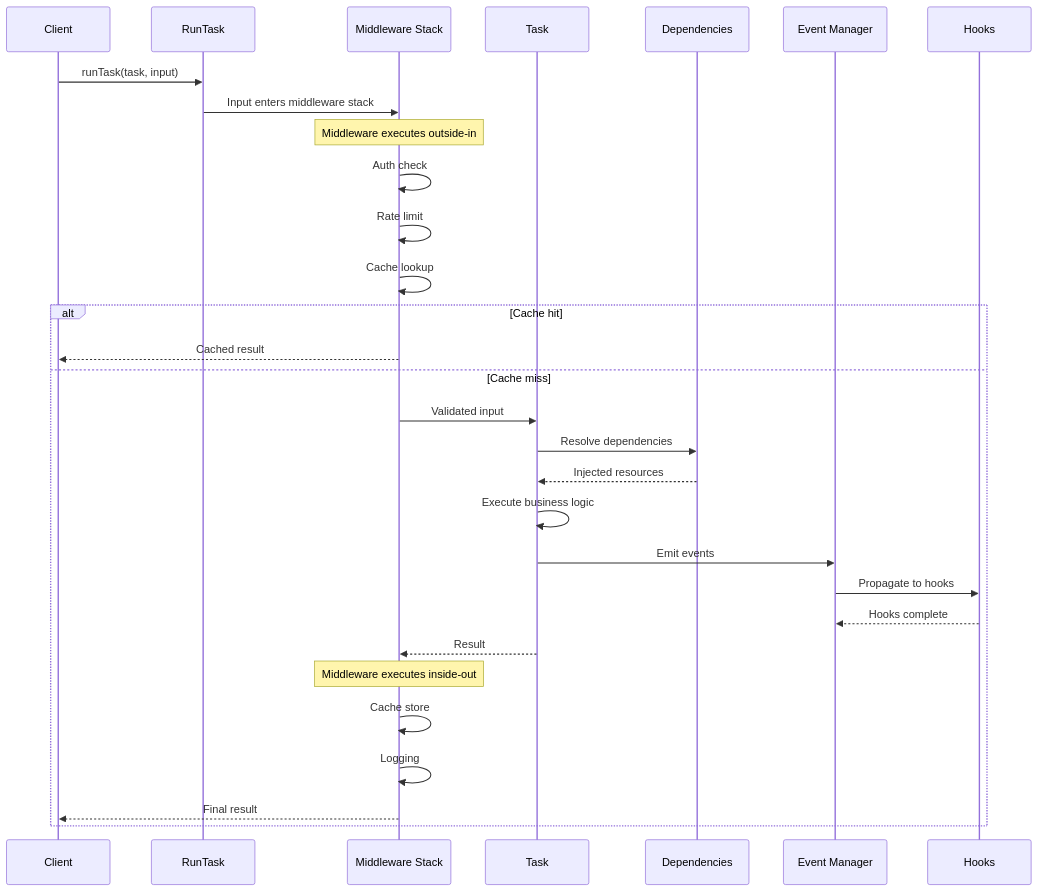
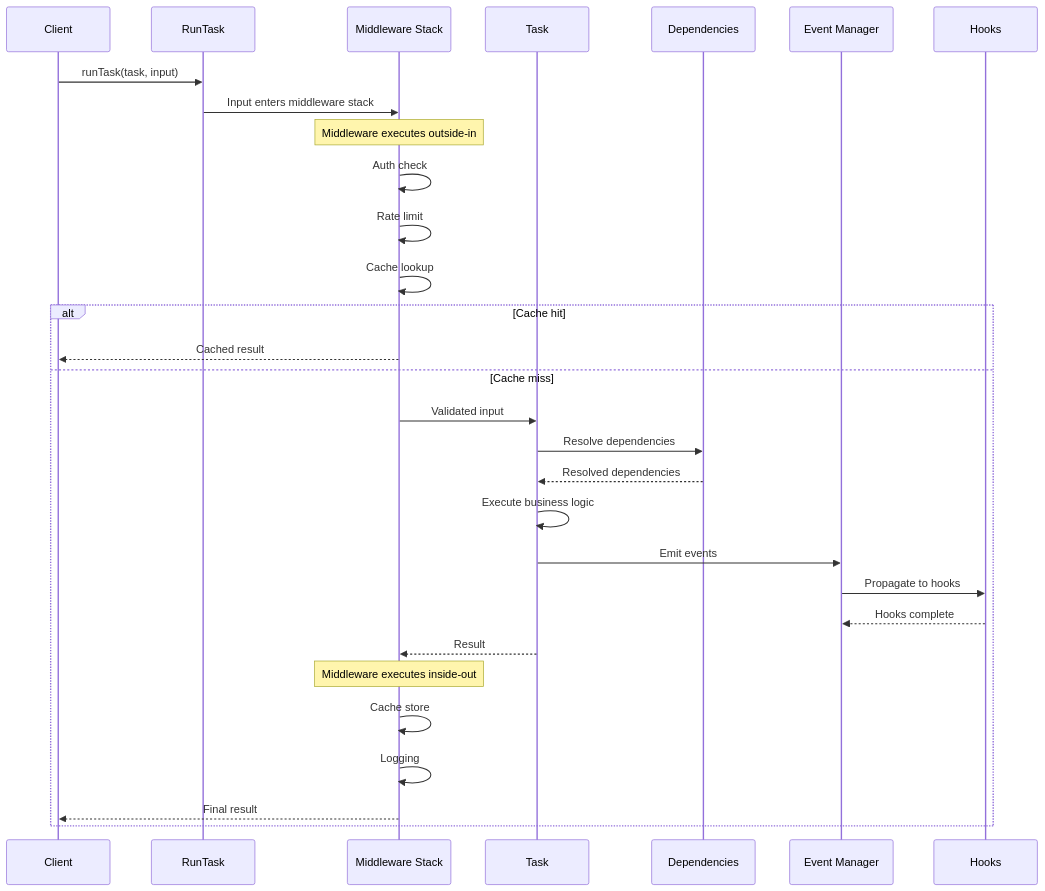
One commit to bluelibs/runner changed the first of 4 diagrams in guide-units/10-deep-dives.md. Above: the diagram before and after it, drawn with Mermaid. The commit also changed other lines of this file and 38 other files, not shown here.

````diff
--- a/guide-units/10-deep-dives.md
+++ b/guide-units/10-deep-dives.md
@@ -11,36 +11,36 @@
 ```mermaid
 sequenceDiagram
     participant Client
     participant Runtime as RunTask
     participant MW as Middleware Stack
     participant Task
     participant Deps as Dependencies
     participant Event as Event Manager
     participant Hooks
 
     Client->>Runtime: runTask(task, input)
     Runtime->>MW: Input enters middleware stack
 
     Note over MW: Middleware executes outside-in
     MW->>MW: Auth check
     MW->>MW: Rate limit
     MW->>MW: Cache lookup
 
     alt Cache hit
         MW-->>Client: Cached result
     else Cache miss
         MW->>Task: Validated input
         Task->>Deps: Resolve dependencies
-        Deps-->>Task: Injected resources
+        Deps-->>Task: Resolved dependencies
         Task->>Task: Execute business logic
         Task->>Event: Emit events
         Event->>Hooks: Propagate to hooks
         Hooks-->>Event: Hooks complete
         Task-->>MW: Result
 
         Note over MW: Middleware executes inside-out
         MW->>MW: Cache store
         MW->>MW: Logging
         MW-->>Client: Final result
     end
 ```
````
